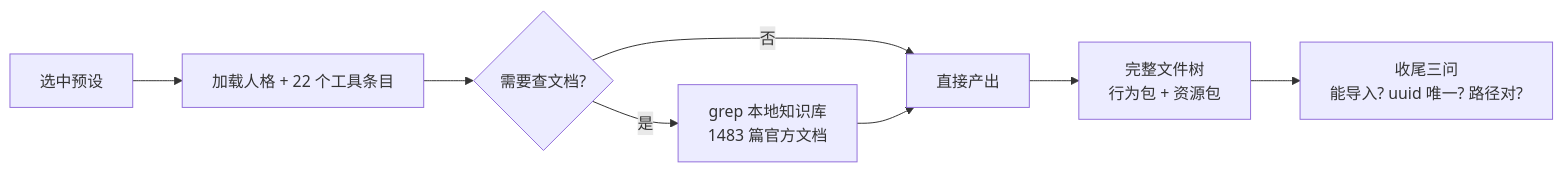
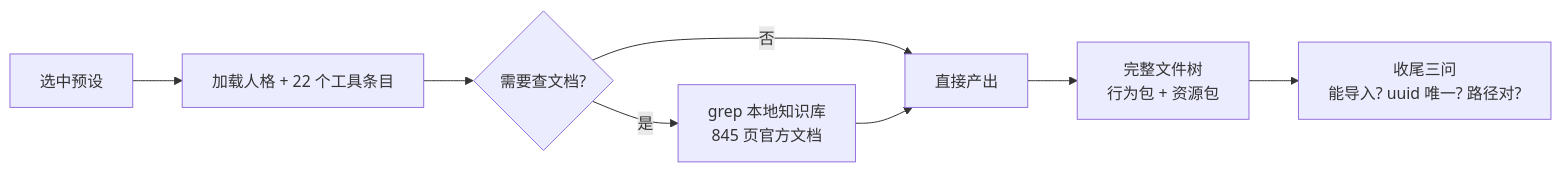
Before and after one commit to ZJTM-Studio/dshgo-CNminecraft-add-on-Development: the diagram in README.md, drawn with Mermaid. The commit also changed other lines of this file and 6 other files, not shown here.

````diff
--- a/README.md
+++ b/README.md
@@ -42,10 +42,10 @@
 ```mermaid
 flowchart LR
     A[选中预设] --> B[加载人格 + 22 个工具条目]
     B --> C{需要查文档?}
-    C -->|是| D[grep 本地知识库<br/>1483 篇官方文档]
+    C -->|是| D[grep 本地知识库<br/>845 页官方文档]
     C -->|否| E[直接产出]
     D --> E
     E --> F[完整文件树<br/>行为包 + 资源包]
     F --> G[收尾三问<br/>能导入? uuid 唯一? 路径对?]
 ```
````
